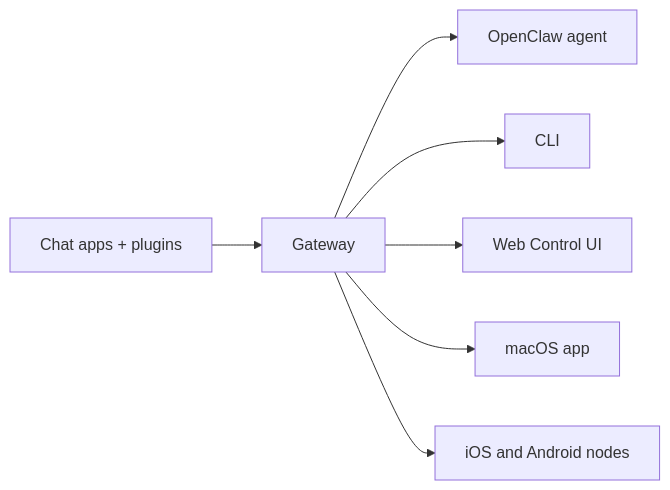
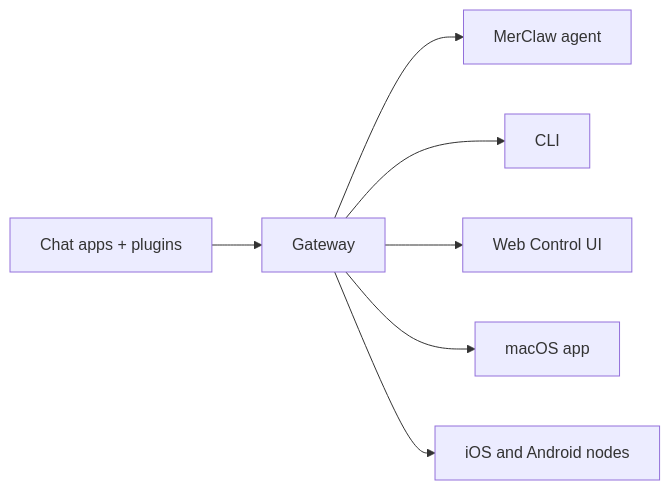
Before and after one commit to chaser-y-jh/mycompany-openclaw: the diagram in docs/index.md, drawn with Mermaid. The commit also changed other lines of this file and 12987 other files, not shown here.

First line of the commit message:
refactor: rebrand OpenClaw -> MerClaw across entire codebase

````diff
--- a/docs/index.md
+++ b/docs/index.md
@@ -61,9 +61,9 @@
 ```mermaid
 flowchart LR
   A["Chat apps + plugins"] --> B["Gateway"]
-  B --> C["OpenClaw agent"]
+  B --> C["MerClaw agent"]
   B --> D["CLI"]
   B --> E["Web Control UI"]
   B --> F["macOS app"]
   B --> G["iOS and Android nodes"]
 ```
````
